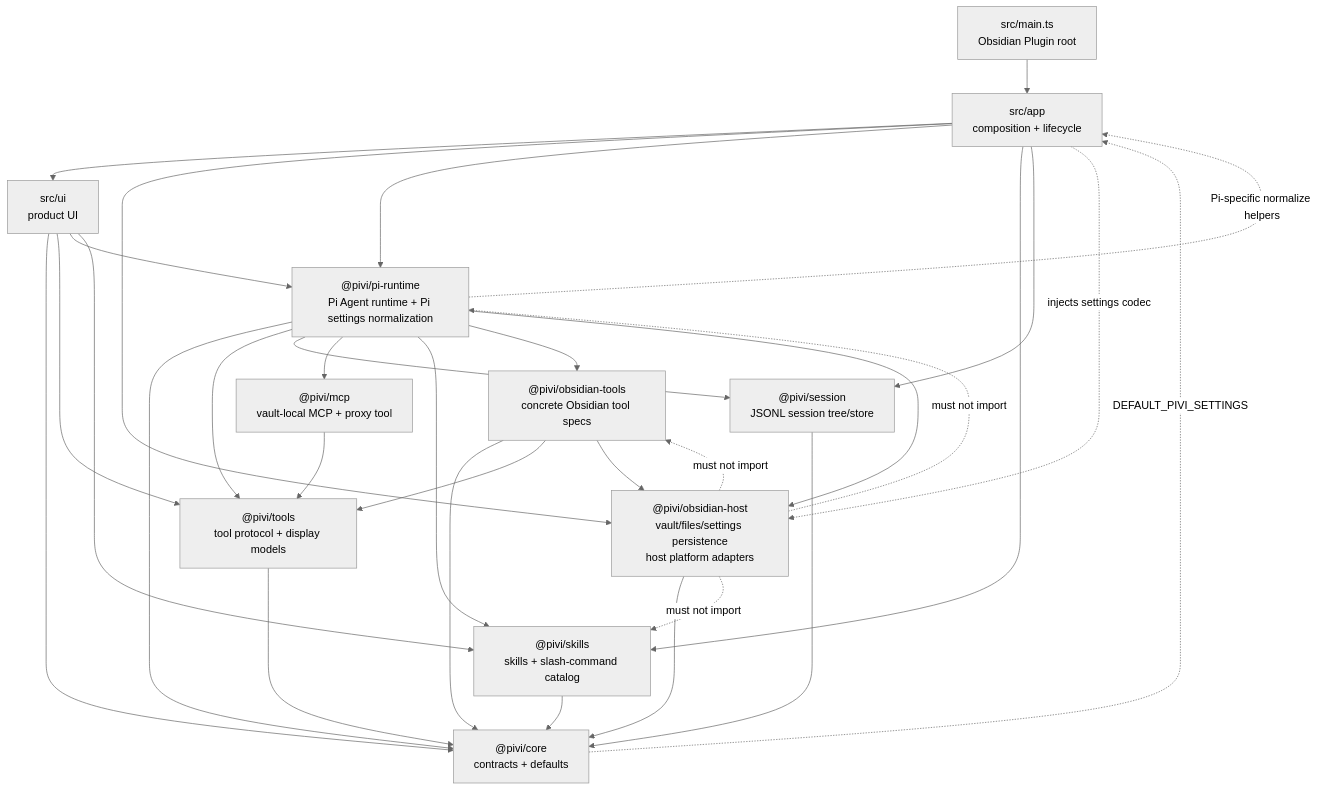
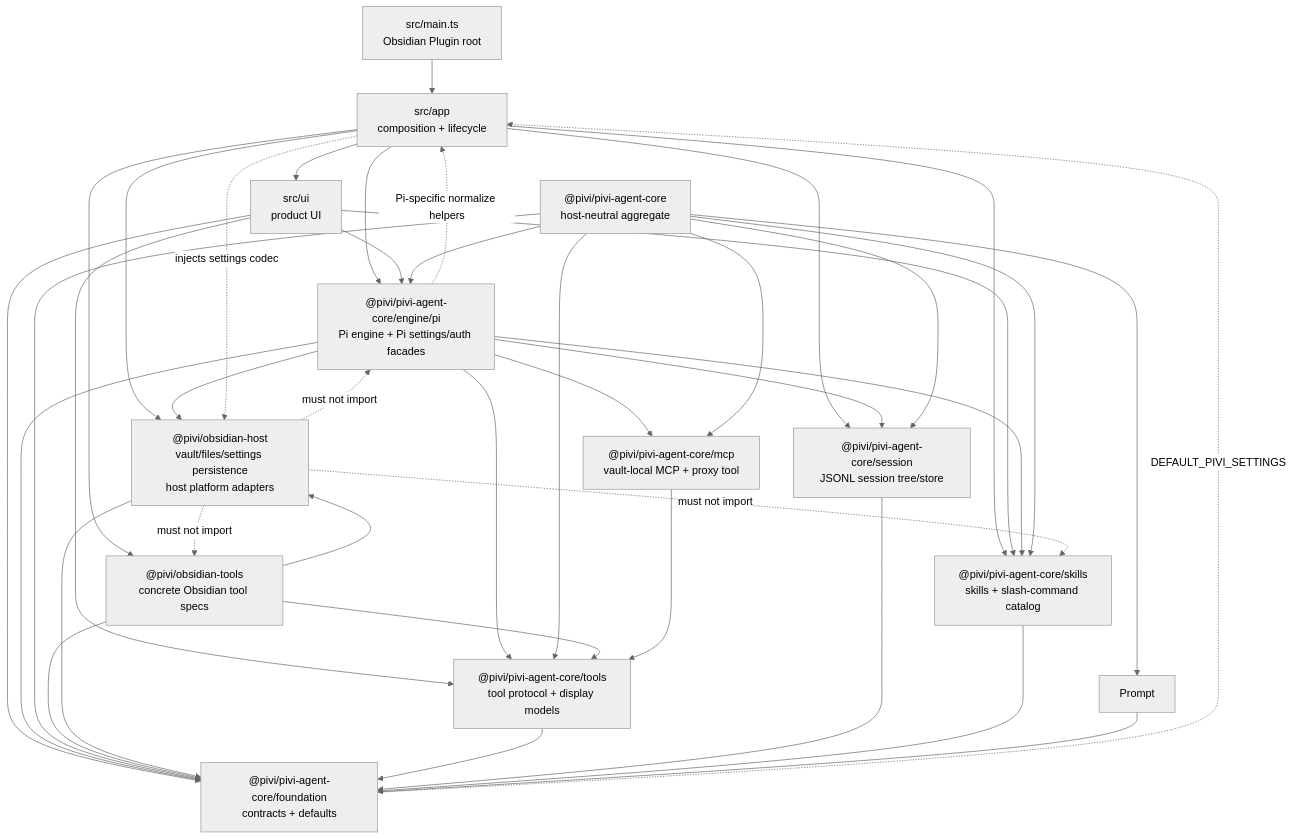
The third of 3 diagrams in AGENTS.md (shuuul/obsidian-pivi), drawn with Mermaid (neutral theme) before and after one commit. The commit also changed other lines of this file and 497 other files, not shown here.

First line of the commit message:
refactor(arch): absorb pi-runtime into pivi-agent-core, delete all absorbed packages

````diff
--- a/AGENTS.md
+++ b/AGENTS.md
@@ -161,40 +170,49 @@
 ```mermaid
 flowchart TD
   Main["src/main.ts<br/>Obsidian Plugin root"] --> App["src/app<br/>composition + lifecycle"]
   App --> UI["src/ui<br/>product UI"]
   App --> Host["@pivi/obsidian-host<br/>vault/files/settings persistence<br/>host platform adapters"]
-  App --> Runtime["@pivi/pi-runtime<br/>Pi Agent runtime + Pi settings normalization"]
-  App --> Skills["@pivi/skills<br/>skills + slash-command catalog"]
-  App --> Session["@pivi/session<br/>JSONL session tree/store"]
+  App --> Runtime["@pivi/pivi-agent-core/engine/pi<br/>Pi engine + Pi settings/auth facades"]
+  App --> ObsidianTools["@pivi/obsidian-tools<br/>concrete Obsidian tool specs"]
+  App --> Skills["@pivi/pivi-agent-core/skills<br/>skills + slash-command catalog"]
+  App --> Session["@pivi/pivi-agent-core/session<br/>JSONL session tree/store"]
 
-  UI --> Core["@pivi/core<br/>contracts + defaults"]
-  UI --> Tools["@pivi/tools<br/>tool protocol + display models"]
+  UI --> Core["@pivi/pivi-agent-core/foundation<br/>contracts + defaults"]
+  UI --> Tools["@pivi/pivi-agent-core/tools<br/>tool protocol + display models"]
   UI --> Runtime
   UI --> Skills
 
   Runtime --> Core
   Runtime --> Tools
   Runtime --> Session
-  Runtime --> MCP["@pivi/mcp<br/>vault-local MCP + proxy tool"]
+  Runtime --> MCP["@pivi/pivi-agent-core/mcp<br/>vault-local MCP + proxy tool"]
   Runtime --> Skills
-  Runtime --> ObsidianTools["@pivi/obsidian-tools<br/>concrete Obsidian tool specs"]
   Runtime --> Host
+
+  AgentCore["@pivi/pivi-agent-core<br/>host-neutral aggregate"] --> Core
+  AgentCore --> Tools
+  AgentCore --> Session
+  AgentCore --> MCP
+  AgentCore --> Skills
+  AgentCore --> Prompt
+  AgentCore --> Runtime
 
   ObsidianTools --> Core
   ObsidianTools --> Tools
   ObsidianTools --> Host
 
   Host --> Core
   Tools --> Core
   Session --> Core
   MCP --> Tools
   Skills --> Core
+  Prompt --> Core
 
   App -. "injects settings codec" .-> Host
   Runtime -. "Pi-specific normalize helpers" .-> App
   Core -. "DEFAULT_PIVI_SETTINGS" .-> App
 
   Host -. "must not import" .-> Runtime
   Host -. "must not import" .-> Skills
   Host -. "must not import" .-> ObsidianTools
 ```
````
